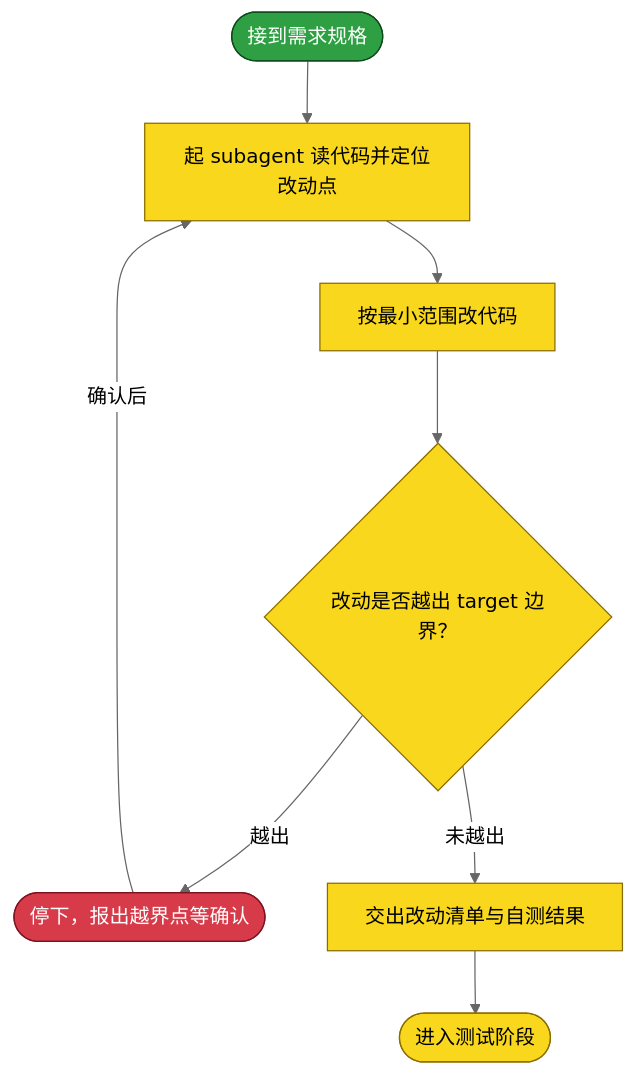
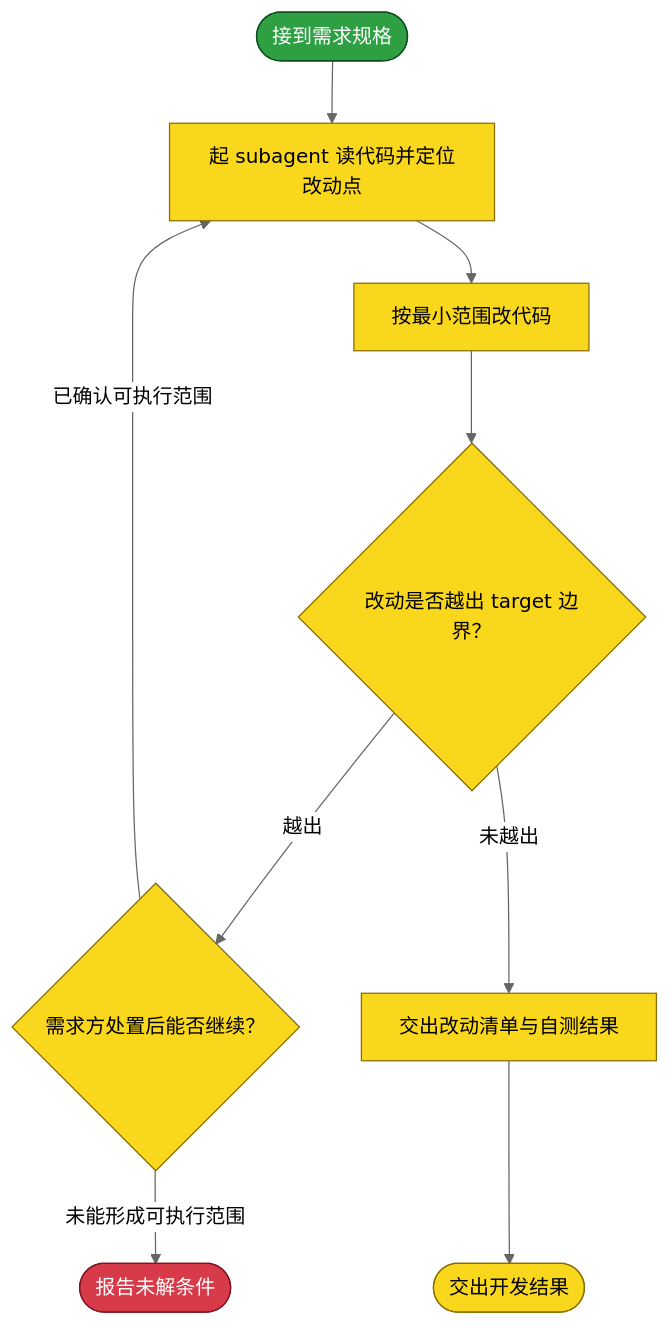
Before and after one commit to yunjies/knowledge-base: the second of 5 diagrams in assets/inbox/template.md, drawn with Mermaid (neutral theme). The commit also changed other lines of this file and 3 other files, not shown here.

````diff
--- a/assets/inbox/template.md
+++ b/assets/inbox/template.md
@@ -72,17 +83,18 @@
 ```mermaid
 flowchart TB
   D_IN(["接到需求规格"]) --> D_AGENT["起 subagent 读代码并定位改动点"]
   D_AGENT --> D_EDIT["按最小范围改代码"]
   D_EDIT --> D_SCOPE{"改动是否越出 target 边界？"}
-  D_SCOPE -->|"越出"| D_STOP(["停下，报出越界点等确认"])
+  D_SCOPE -->|"越出"| D_STOP{"需求方处置后能否继续？"}
   D_SCOPE -->|"未越出"| D_REPORT["交出改动清单与自测结果"]
-  D_STOP -->|"确认后"| D_AGENT
-  D_REPORT --> D_OUT(["进入测试阶段"])
+  D_STOP -->|"已确认可执行范围"| D_AGENT
+  D_STOP -->|"未能形成可执行范围"| D_FAIL(["报告未解条件"])
+  D_REPORT --> D_OUT(["交出开发结果"])
 
   classDef todo fill:#f9d71c,stroke:#8a6d00,color:#000
   classDef done fill:#2ea043,stroke:#0b4a1b,color:#fff
   classDef stuck fill:#d73a49,stroke:#7d1220,color:#fff
   class D_IN done
-  class D_AGENT,D_EDIT,D_SCOPE,D_REPORT,D_OUT todo
-  class D_STOP stuck
+  class D_AGENT,D_EDIT,D_SCOPE,D_STOP,D_REPORT,D_OUT todo
+  class D_FAIL stuck
 ```
````
